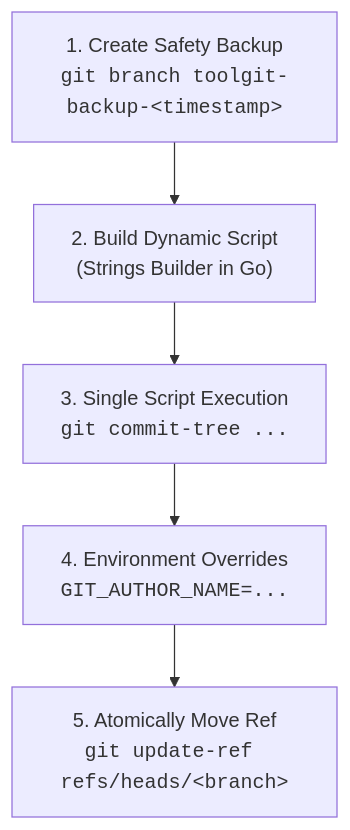
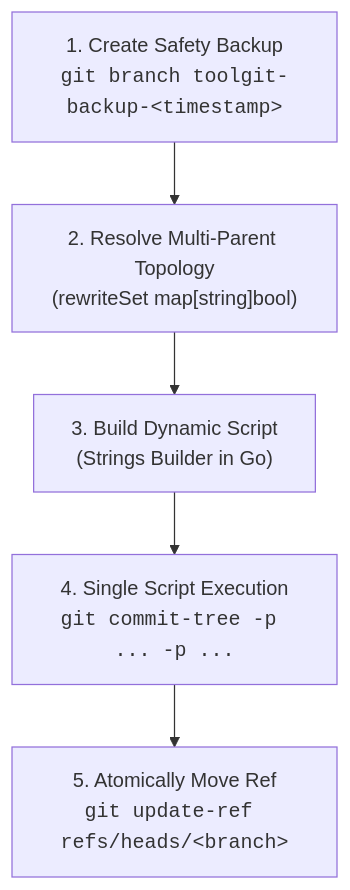
The fifth of 5 diagrams in docs/HOW_IT_WORKS.md (abhaysinh8/toolgit), drawn with Mermaid before and after one commit. The commit also changed other lines of this file and 8 other files, not shown here.

Commit message:
feat: add multi-branch support and topology-preserving non-linear history rewrite

````diff
--- a/docs/HOW_IT_WORKS.md
+++ b/docs/HOW_IT_WORKS.md
@@ -176,7 +181,7 @@
 ```mermaid
 graph TD
-    A["1. Create Safety Backup<br/><code>git branch toolgit-backup-&lt;timestamp&gt;</code>"] --> B["2. Build Dynamic Script<br/>(Strings Builder in Go)"]
-    B --> C["3. Single Script Execution<br/><code>git commit-tree ...</code>"]
-    C --> D["4. Environment Overrides<br/><code>GIT_AUTHOR_NAME=...</code>"]
+    A["1. Create Safety Backup<br/><code>git branch toolgit-backup-&lt;timestamp&gt;</code>"] --> B["2. Resolve Multi-Parent Topology<br/>(rewriteSet map[string]bool)"]
+    B --> C["3. Build Dynamic Script<br/>(Strings Builder in Go)"]
+    C --> D["4. Single Script Execution<br/><code>git commit-tree -p ... -p ...</code>"]
     D --> E["5. Atomically Move Ref<br/><code>git update-ref refs/heads/&lt;branch&gt;</code>"]
 ```
````
